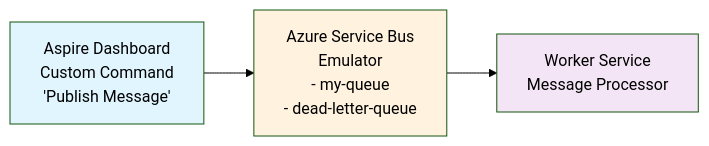
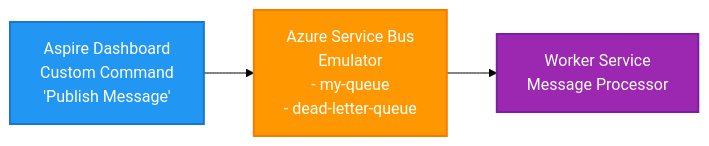
One commit to davidfowl/AspirePubSubDemo changed the diagram in README.md. Above: the diagram before and after it, drawn with Mermaid (forest theme). The commit also changed other lines of this file, not shown here.

Commit message:
Update README to remove .NET reference and enhance diagram styling

````diff
--- a/README.md
+++ b/README.md
@@ -15,9 +15,9 @@
 ```mermaid
 graph LR
     A[Aspire Dashboard<br/>Custom Command<br/>'Publish Message'] --> B[Azure Service Bus<br/>Emulator<br/>- my-queue<br/>- dead-letter-queue]
     B --> C[Worker Service<br/>Message Processor]
     
-    style A fill:#e1f5fe
-    style B fill:#fff3e0
-    style C fill:#f3e5f5
+    style A fill:#2196F3,stroke:#1976D2,stroke-width:2px,color:#fff
+    style B fill:#FF9800,stroke:#F57C00,stroke-width:2px,color:#fff
+    style C fill:#9C27B0,stroke:#7B1FA2,stroke-width:2px,color:#fff
 ```
````
